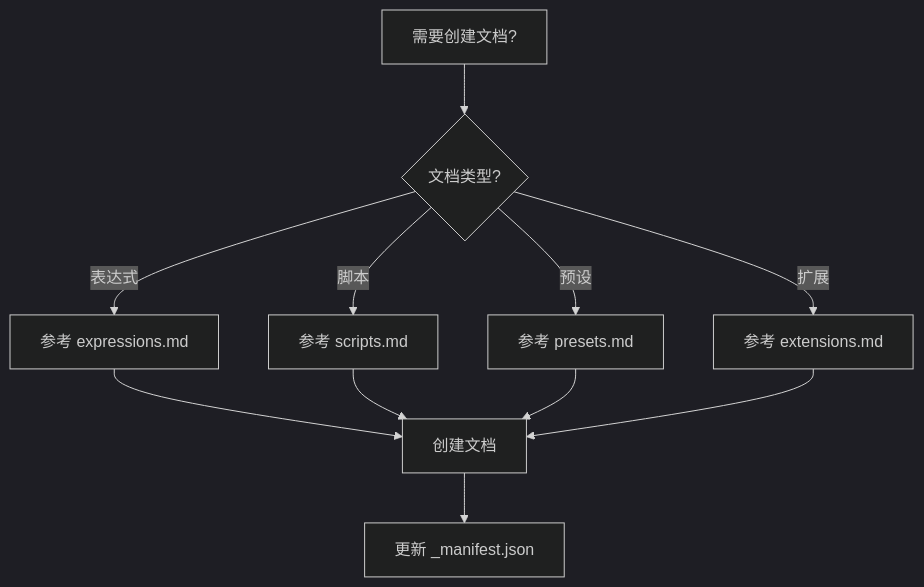
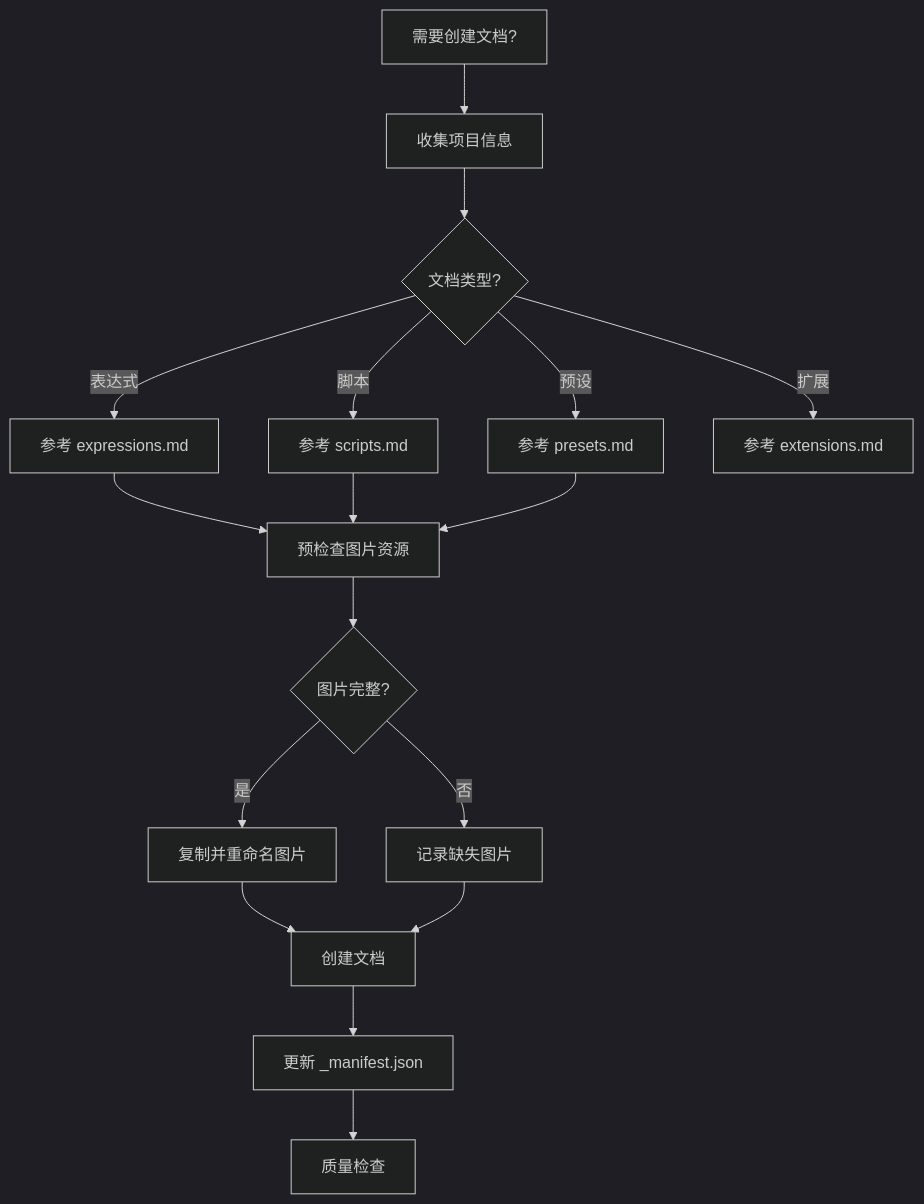
Before and after one commit to yancongya/AE-Marketplace: the diagram in .iflow/skills/writing-documents/SKILL.md, drawn with Mermaid (dark theme). The commit also changed other lines of this file, not shown here.

First line of the commit message:
fix(skills): 优化 writing-documents skill 图片处理规则

````diff
--- a/.iflow/skills/writing-documents/SKILL.md
+++ b/.iflow/skills/writing-documents/SKILL.md
@@ -22,13 +22,19 @@
 ```mermaid
 graph TD
-    A[需要创建文档?] --> B{文档类型?}
-    B -->|表达式| C[参考 expressions.md]
-    B -->|脚本| D[参考 scripts.md]
-    B -->|预设| E[参考 presets.md]
-    B -->|扩展| F[参考 extensions.md]
-    C --> G[创建文档]
-    D --> G
-    E --> G
-    F --> G
-    G --> H[更新 _manifest.json]
+    A[需要创建文档?] --> B[收集项目信息]
+    B --> C{文档类型?}
+    C -->|表达式| D[参考 expressions.md]
+    C -->|脚本| E[参考 scripts.md]
+    C -->|预设| F[参考 presets.md]
+    C -->|扩展| G[参考 extensions.md]
+    D --> H[预检查图片资源]
+    E --> H
+    F --> H
+    H --> I{图片完整?}
+    I -->|是| J[复制并重命名图片]
+    I -->|否| K[记录缺失图片]
+    J --> L[创建文档]
+    K --> L
+    L --> M[更新 _manifest.json]
+    M --> N[质量检查]
 ```
````
